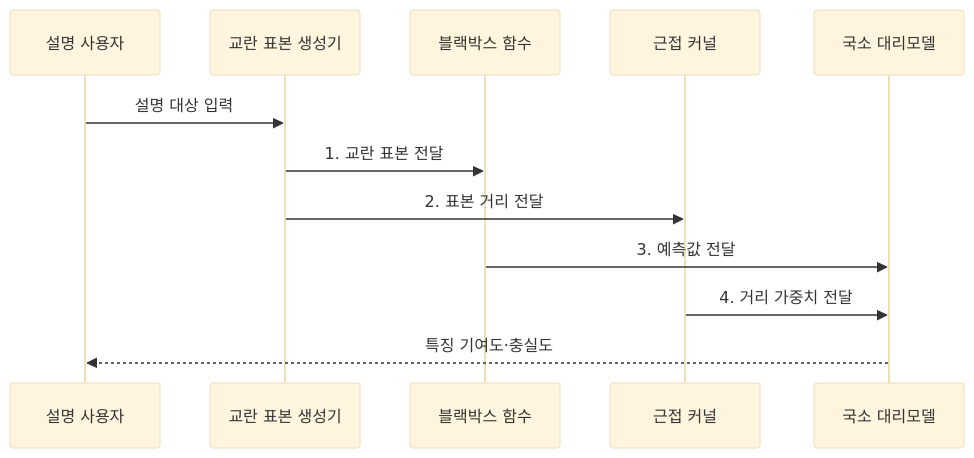
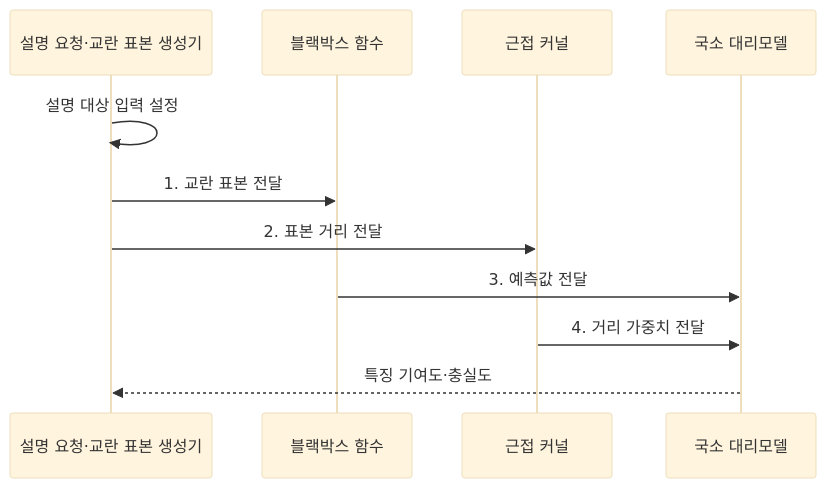
Before and after one commit to agnusdei1207/knowledge-base: the second of 2 diagrams in src/content/docs/notes/08-latest-tech/105_lime.md, drawn with Mermaid (base theme). The commit also changed 5 other files, not shown here.

Commit message:
Simplify explainability and privacy flows

````diff
--- a/src/content/docs/notes/08-latest-tech/105_lime.md
+++ b/src/content/docs/notes/08-latest-tech/105_lime.md
@@ -100,14 +100,13 @@
 ```mermaid
 sequenceDiagram
-    participant U as 설명 사용자
-    participant P as 교란 표본 생성기
+    participant P as 설명 요청·교란 표본 생성기
     participant B as 블랙박스 함수
     participant K as 근접 커널
     participant L as 국소 대리모델
-    U->>P: 설명 대상 입력
+    P->>P: 설명 대상 입력 설정
     P->>B: 1. 교란 표본 전달
     P->>K: 2. 표본 거리 전달
     B->>L: 3. 예측값 전달
     K->>L: 4. 거리 가중치 전달
-    L-->>U: 특징 기여도·충실도
+    L-->>P: 특징 기여도·충실도
 ```
````
